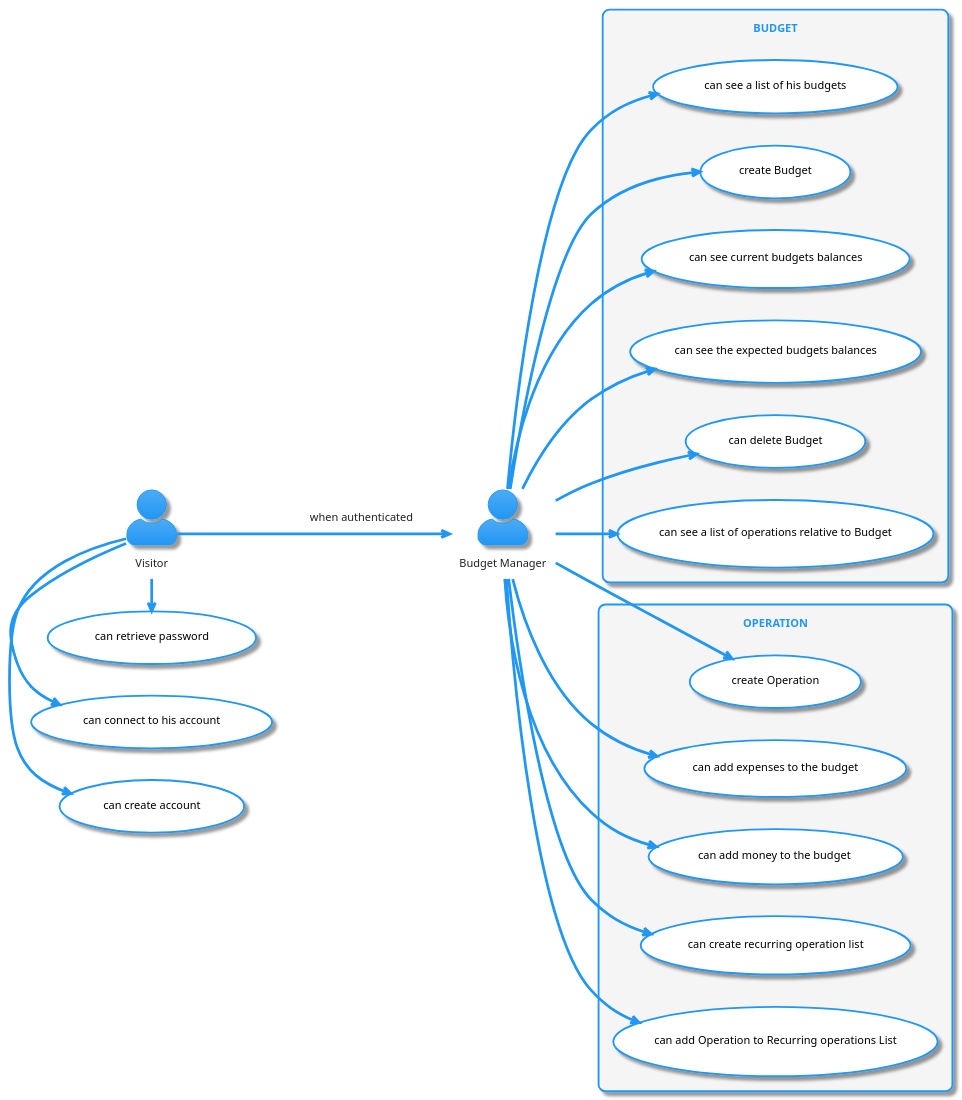
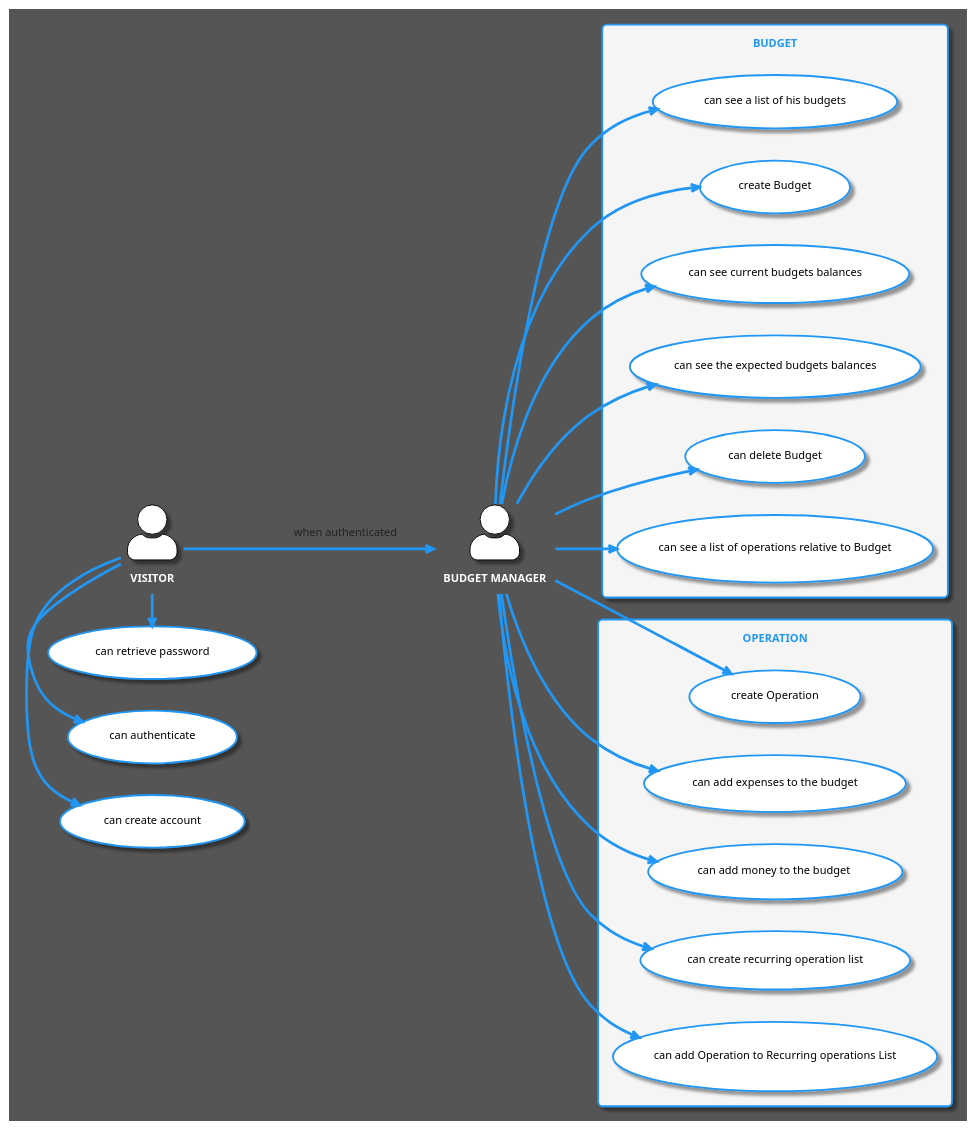
The diagram in docs/use-case/general-diagram.puml (hello-devs/budget-manager-api), drawn with PlantUML before and after one commit. The commit also changed 1 other file, not shown here.

Commit message:
doc: start budget class diagram

```diff
--- a/docs/use-case/general-diagram.puml
+++ b/docs/use-case/general-diagram.puml
@@ -1,42 +1,49 @@
 @startuml
 !theme materia
 skinparam actorStyle awesome
-skinparam roundcorner 15
+skinparam roundcorner 10
+skinparam BackgroundColor #555555
 skinparam usecase{
     BackgroundColor white
     FontColor black
+}
+skinparam Actor{
+    BackgroundColor white
+    BorderColor black
+    FontColor white
+    FontStyle bold
 }
 skinparam rectangle{
     BackgroundColor WhiteSmoke
 }
 left to right direction
 '----------------------------------------------
 
-actor :Visitor: as V
-actor :Budget Manager: as BM
+actor :VISITOR: as V
+actor :BUDGET MANAGER: as BM
 
 V -> (can create account)
-V -> (can connect to his account)
+V -> (can authenticate)
 V -> (can retrieve password)
 
 V --> BM : when authenticated
 
 
 rectangle BUDGET{
     BM --> (can see a list of his budgets)
     BM --> (create Budget)
     BM --> (can see current budgets balances)
     BM --> (can see the expected budgets balances)
     BM --> (can delete Budget)
     BM --> (can see a list of operations relative to Budget)
 }
 rectangle OPERATION{
  BM --> (create Operation)
  BM --> (can add expenses to the budget)
  BM --> (can add money to the budget )
  BM --> (can create recurring operation list)
  BM --> (can add Operation to Recurring operations List)
 }
 
 
 @enduml
```
